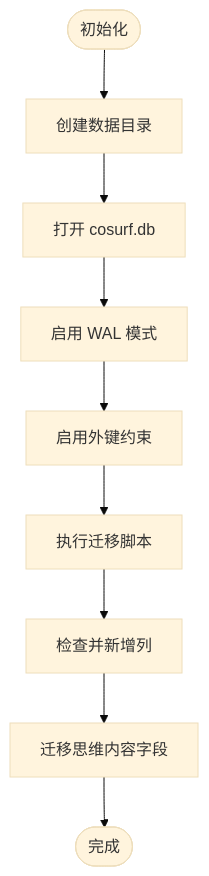
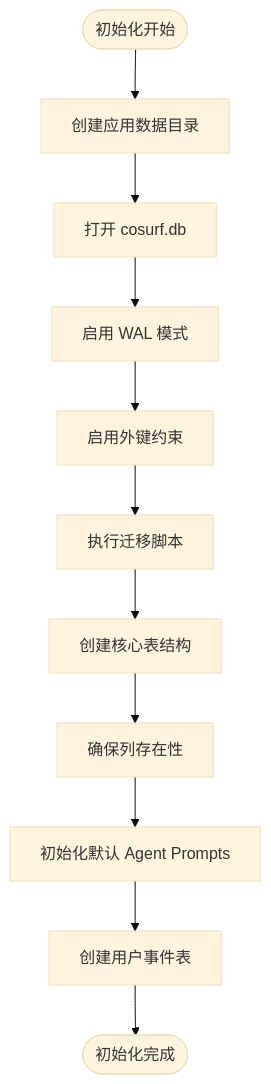
The third of 5 diagrams in .qoder/repowiki/zh/content/数据库设计/数据库设计.md (baike08/cosurf), drawn with Mermaid (base theme) before and after one commit. The commit also changed other lines of this file and 23 other files, not shown here.

````diff
--- a/.qoder/repowiki/zh/content/数据库设计/数据库设计.md
+++ b/.qoder/repowiki/zh/content/数据库设计/数据库设计.md
@@ -166,11 +133,13 @@
 ```mermaid
 flowchart TD
-Start(["初始化"]) --> CreateDir["创建数据目录"]
+Start(["初始化开始"]) --> CreateDir["创建应用数据目录"]
 CreateDir --> OpenDB["打开 cosurf.db"]
 OpenDB --> EnableWAL["启用 WAL 模式"]
 EnableWAL --> EnableFK["启用外键约束"]
 EnableFK --> RunMigrations["执行迁移脚本"]
-RunMigrations --> EnsureColumns["检查并新增列"]
-EnsureColumns --> MigrateThinking["迁移思维内容字段"]
-MigrateThinking --> Done(["完成"])
+RunMigrations --> CreateTables["创建核心表结构"]
+CreateTables --> EnsureColumns["确保列存在性"]
+EnsureColumns --> InitDefaultPrompts["初始化默认 Agent Prompts"]
+InitDefaultPrompts --> CreateUserEventsTable["创建用户事件表"]
+CreateUserEventsTable --> Done(["初始化完成"])
 ```
````
